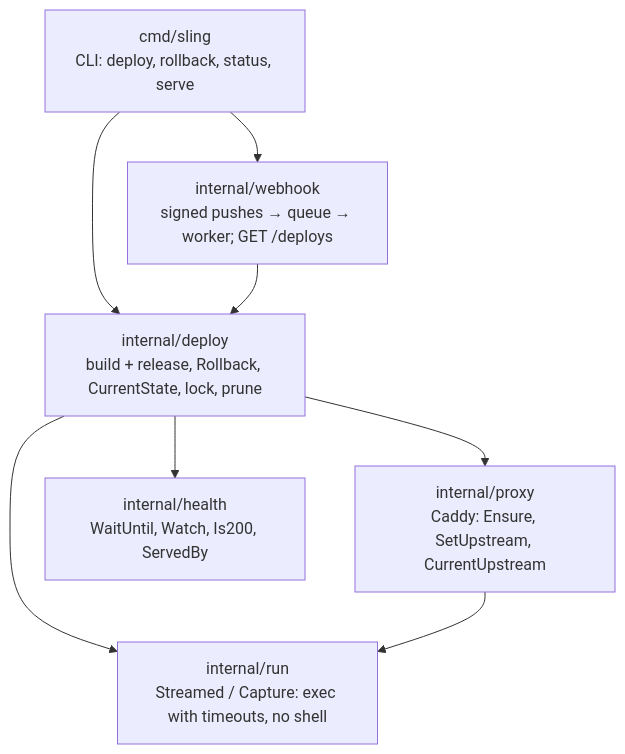
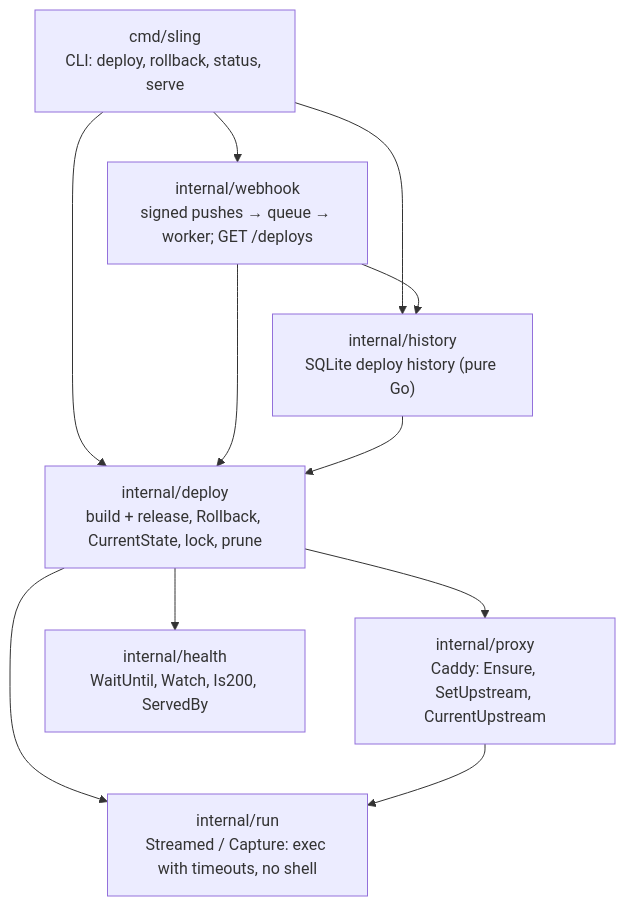
The fifth of 5 diagrams in README.md (mildlybrutal/sling-orchestrator), drawn with Mermaid before and after one commit. The commit also changed other lines of this file and 13 other files, not shown here.

Commit message:
Persistent deploy history (SQLite), sling history, interrupted-deploy detection

````diff
--- a/README.md
+++ b/README.md
@@ -227,17 +233,21 @@
 ```mermaid
 flowchart TD
     cmd["cmd/sling<br/>CLI: deploy, rollback, status, serve"]
     webhook["internal/webhook<br/>signed pushes → queue → worker; GET /deploys"]
     deploy["internal/deploy<br/>build + release, Rollback, CurrentState, lock, prune"]
+    history["internal/history<br/>SQLite deploy history (pure Go)"]
     proxy["internal/proxy<br/>Caddy: Ensure, SetUpstream, CurrentUpstream"]
     health["internal/health<br/>WaitUntil, Watch, Is200, ServedBy"]
     run["internal/run<br/>Streamed / Capture: exec with timeouts, no shell"]
 
     cmd --> webhook
     cmd --> deploy
+    cmd --> history
     webhook --> deploy
+    webhook --> history
+    history --> deploy
     deploy --> proxy
     deploy --> health
     deploy --> run
     proxy --> run
 ```
````
